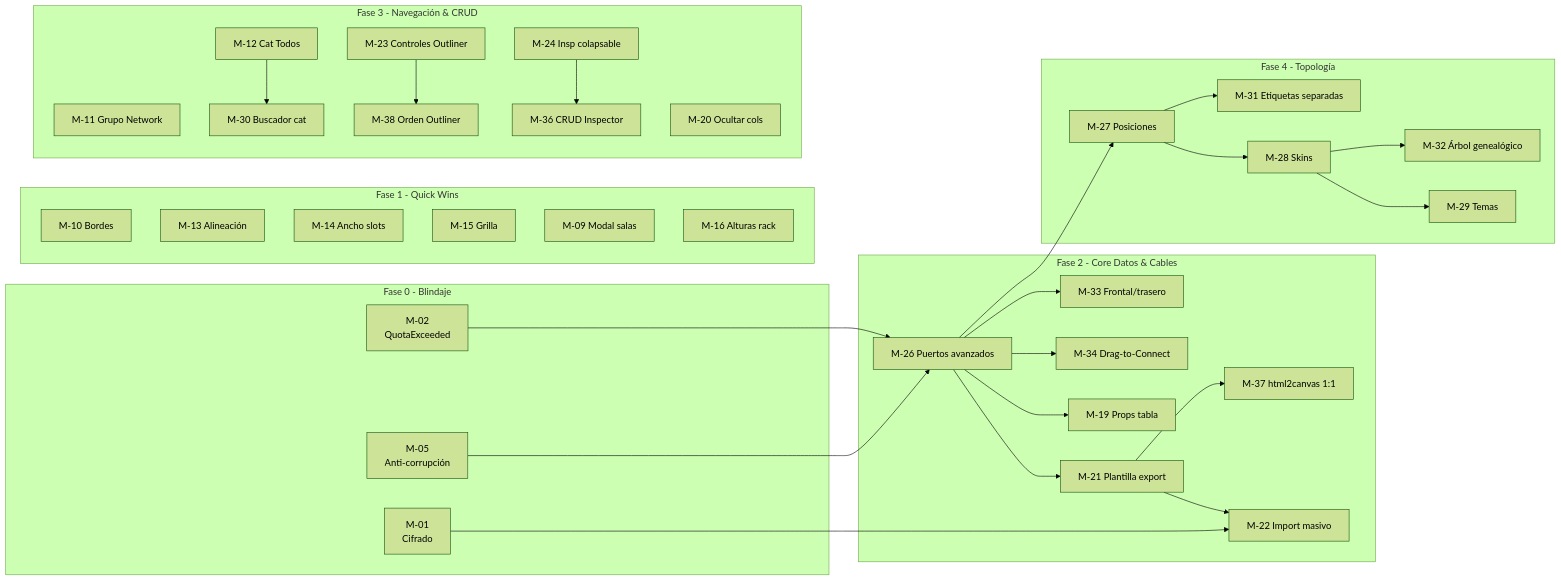
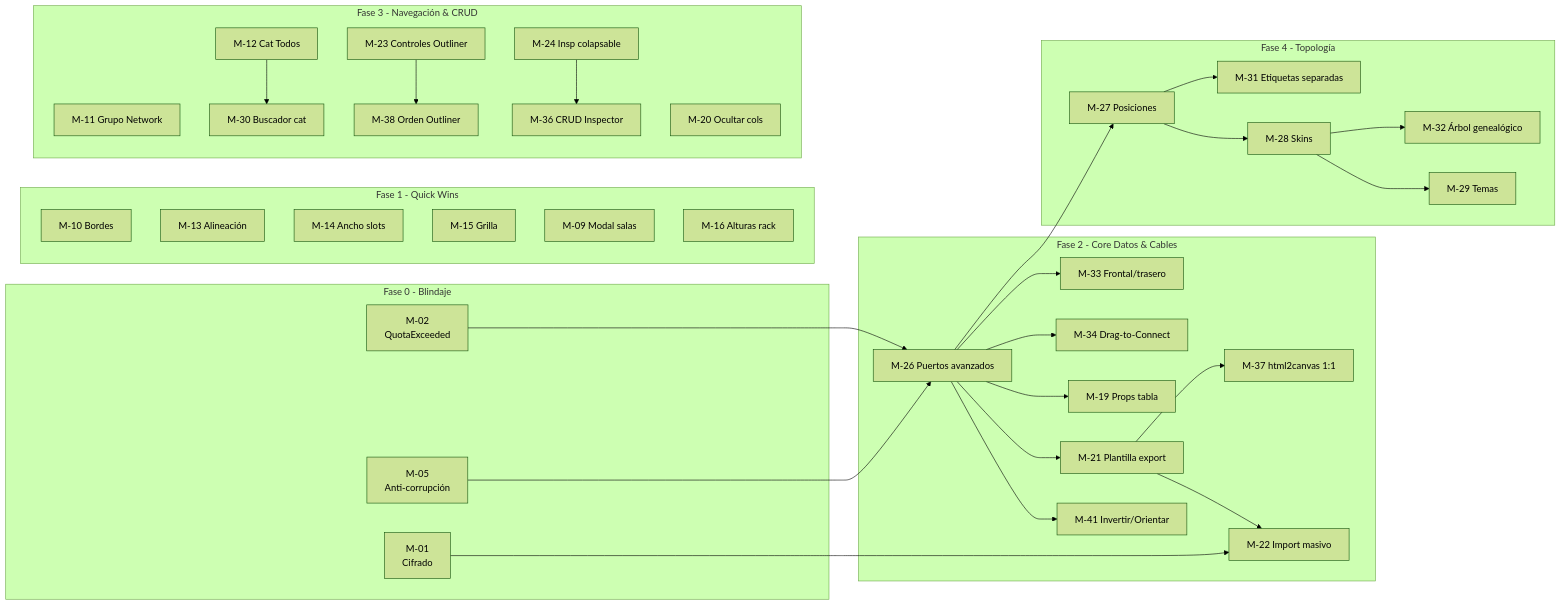
Before and after one commit to cnodfcuellar/Rack_Designer_2: the second of 2 diagrams in DOC/doc_md/roadmap_mejoras.md, drawn with Mermaid (forest theme). The commit also changed other lines of this file and 22 other files, not shown here.

````diff
--- a/DOC/doc_md/roadmap_mejoras.md
+++ b/DOC/doc_md/roadmap_mejoras.md
@@ -471,67 +475,69 @@
 ```mermaid
 graph LR
     subgraph "Fase 0 - Blindaje"
         M02["M-02<br/>QuotaExceeded"]
         M05["M-05<br/>Anti-corrupción"]
         M01["M-01<br/>Cifrado"]
     end
     
     subgraph "Fase 1 - Quick Wins"
         M10["M-10 Bordes"]
         M13["M-13 Alineación"]
         M14["M-14 Ancho slots"]
         M15["M-15 Grilla"]
         M09["M-09 Modal salas"]
         M16["M-16 Alturas rack"]
     end
     
     subgraph "Fase 2 - Core Datos & Cables"
         M26["M-26 Puertos avanzados"]
         M33["M-33 Frontal/trasero"]
         M34["M-34 Drag-to-Connect"]
         M19["M-19 Props tabla"]
         M21["M-21 Plantilla export"]
         M37["M-37 html2canvas 1:1"]
         M22["M-22 Import masivo"]
+        M41["M-41 Invertir/Orientar"]
     end
 
     subgraph "Fase 3 - Navegación & CRUD"
         M11["M-11 Grupo Network"]
         M12["M-12 Cat Todos"]
         M30["M-30 Buscador cat"]
         M23["M-23 Controles Outliner"]
         M38["M-38 Orden Outliner"]
         M24["M-24 Insp colapsable"]
         M36["M-36 CRUD Inspector"]
         M20["M-20 Ocultar cols"]
     end
     
     subgraph "Fase 4 - Topología"
         M27["M-27 Posiciones"]
         M31["M-31 Etiquetas separadas"]
         M28["M-28 Skins"]
         M32["M-32 Árbol genealógico"]
         M29["M-29 Temas"]
     end
     
     %% Dependencias
     M02 --> M26
     M05 --> M26
     M26 --> M33
     M26 --> M34
+    M26 --> M41
     M26 --> M19
     M26 --> M21
     M21 --> M22
     M21 --> M37
     M01 --> M22
     
     M27 --> M28
     M28 --> M29
     M28 --> M32
     M27 --> M31
     M26 --> M27
 
     M12 --> M30
     M23 --> M38
     M24 --> M36
 ```
````
